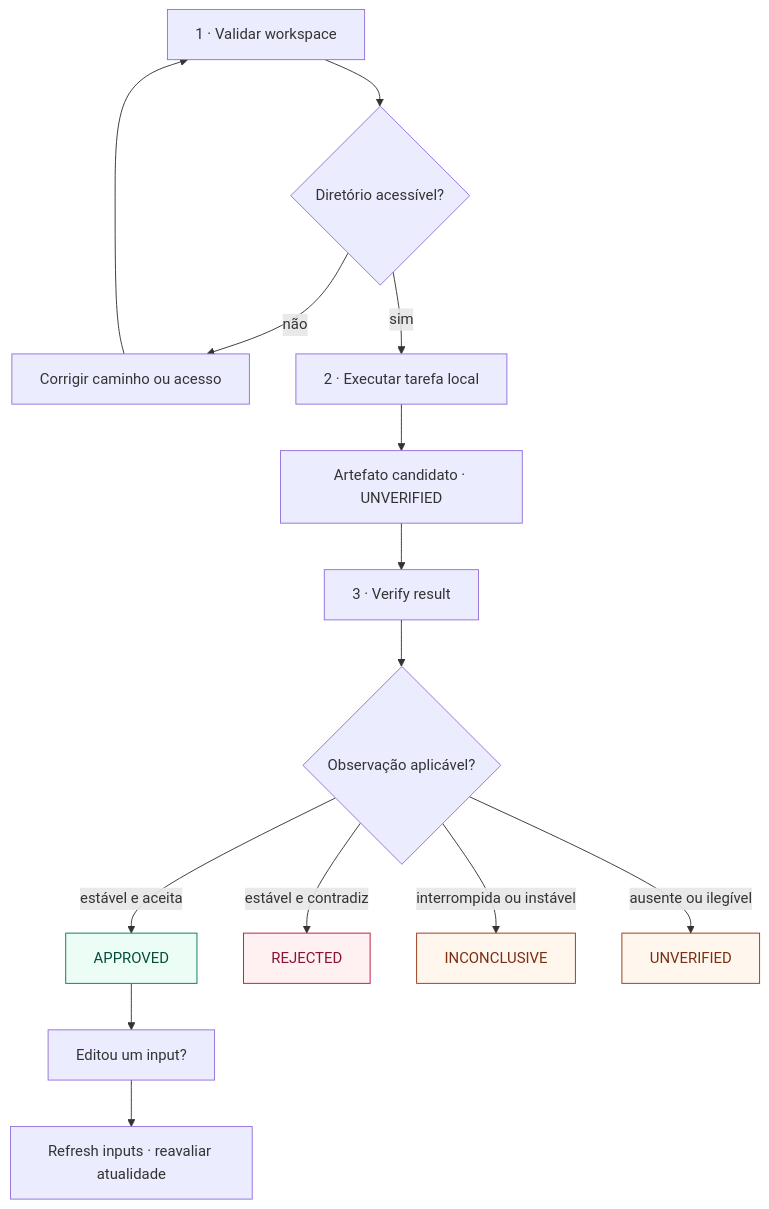
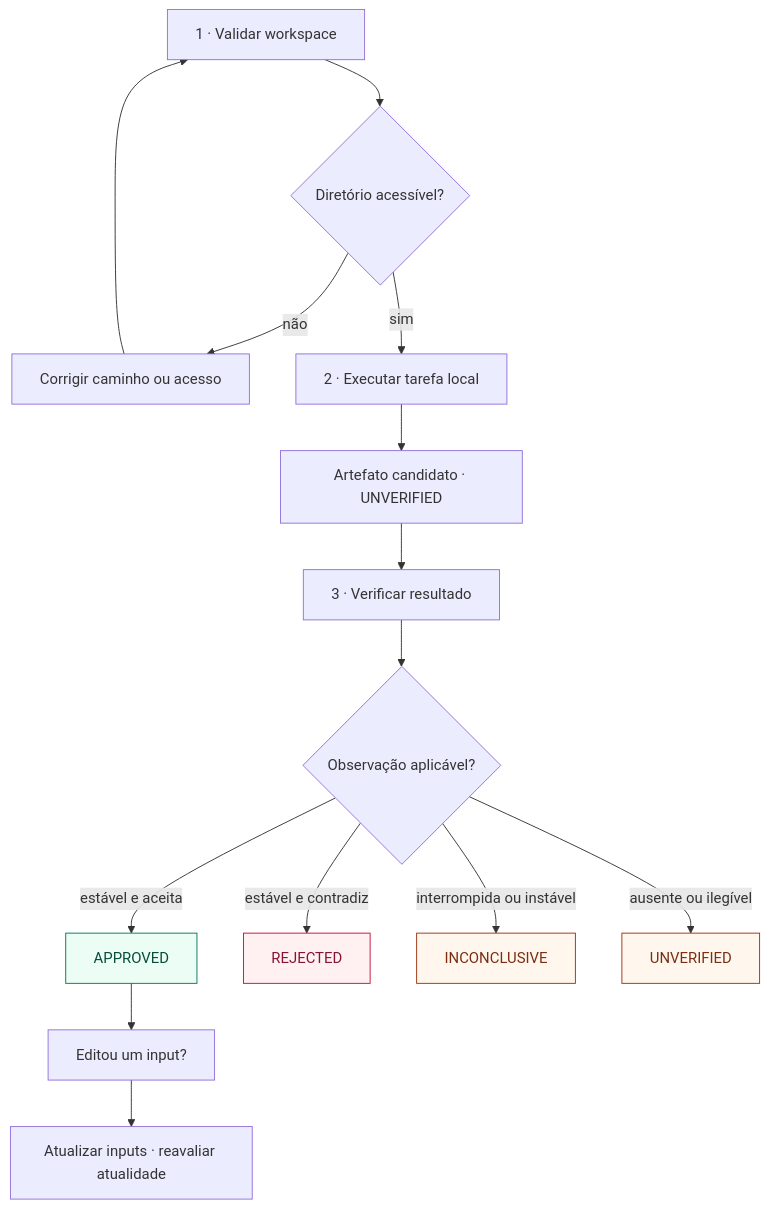
Before and after one commit to T-R-Solutions/ox: the diagram in application/README.md, drawn with Mermaid. The commit also changed other lines of this file and 101 other files, not shown here.

````diff
--- a/application/README.md
+++ b/application/README.md
@@ -87,24 +88,24 @@
 ```mermaid
 flowchart TD
     accTitle: Da seleção do workspace ao resultado verificado
     accDescr: Validar o diretório habilita a tarefa. Executar produz um candidato ainda não verificado. Verificar exige observação estável do oráculo. Resultado incorreto é rejeitado; interrupção ou instabilidade não aprova. Após editar inputs, atualizar a observação de atualidade.
     W["1 · Validar workspace"] --> D{"Diretório acessível?"}
     D -->|não| FIX["Corrigir caminho ou acesso"]
     FIX --> W
     D -->|sim| RUN["2 · Executar tarefa local"]
     RUN --> RAW["Artefato candidato · UNVERIFIED"]
-    RAW --> CHECK["3 · Verify result"]
+    RAW --> CHECK["3 · Verificar resultado"]
     CHECK --> RESULT{"Observação aplicável?"}
     RESULT -->|estável e aceita| OK["APPROVED"]
     RESULT -->|estável e contradiz| BAD["REJECTED"]
     RESULT -->|interrompida ou instável| INC["INCONCLUSIVE"]
     RESULT -->|ausente ou ilegível| NONE["UNVERIFIED"]
     OK --> EDIT["Editou um input?"]
-    EDIT --> REFRESH["Refresh inputs · reavaliar atualidade"]
+    EDIT --> REFRESH["Atualizar inputs · reavaliar atualidade"]
     classDef good fill:#ecfdf5,stroke:#047857,color:#064e3b
     classDef bad fill:#fff1f2,stroke:#be123c,color:#881337
     classDef uncertain fill:#fff7ed,stroke:#9a3412,color:#7c2d12
     class OK good
     class BAD bad
     class INC,NONE uncertain
 ```
````
